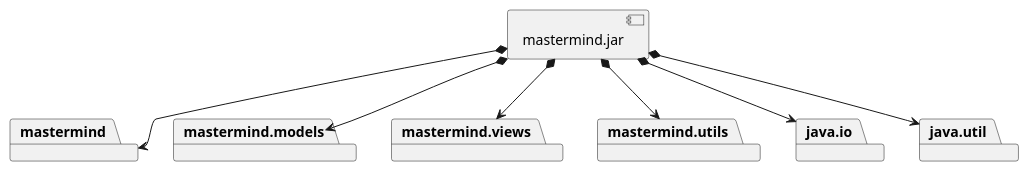
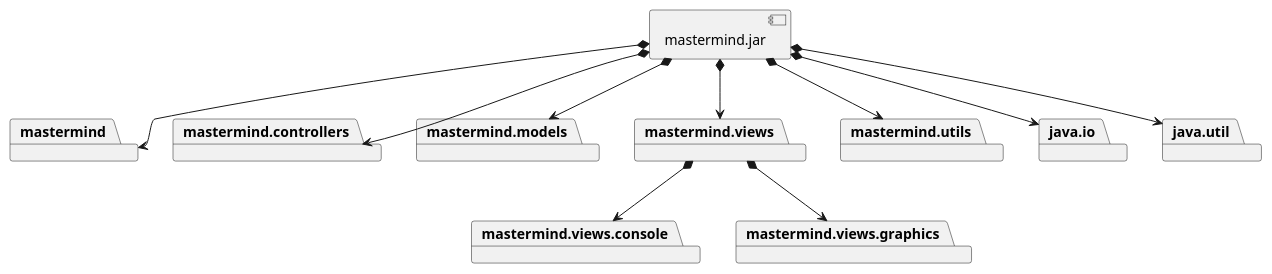
Before and after one commit to amartinm82/mastermind: the second of 3 diagrams in docs/src/docs/asciidoc/index.adoc, drawn with PlantUML. The commit also changed other lines of this file and 93 other files, not shown here.

```diff
--- a/docs/src/docs/asciidoc/index.adoc
+++ b/docs/src/docs/asciidoc/index.adoc
@@ -347,25 +454,34 @@
 [plantuml,diagramaImplementacion,svg]
 ....
 
 package "  "  as mastermind {
 }
+package "  "  as mastermind.controllers {
+}
 package "  "  as mastermind.models {
 }
 package "  "  as mastermind.views {
+}
+package "  "  as mastermind.views.console {
+}
+package "  "  as mastermind.views.graphics {
 }
 package "  "  as mastermind.utils {
 }
 package "  "  as java.io {
 }
 package "  "  as java.util {
 }
 
 [mastermind.jar] as jar
 
 jar *--> mastermind
+jar *--> mastermind.controllers
 jar *--> mastermind.models
 jar *--> mastermind.views
+mastermind.views *--> mastermind.views.console
+mastermind.views *--> mastermind.views.graphics
 jar *--> mastermind.utils
 jar *--> java.io
 jar *--> java.util
 ....
```
